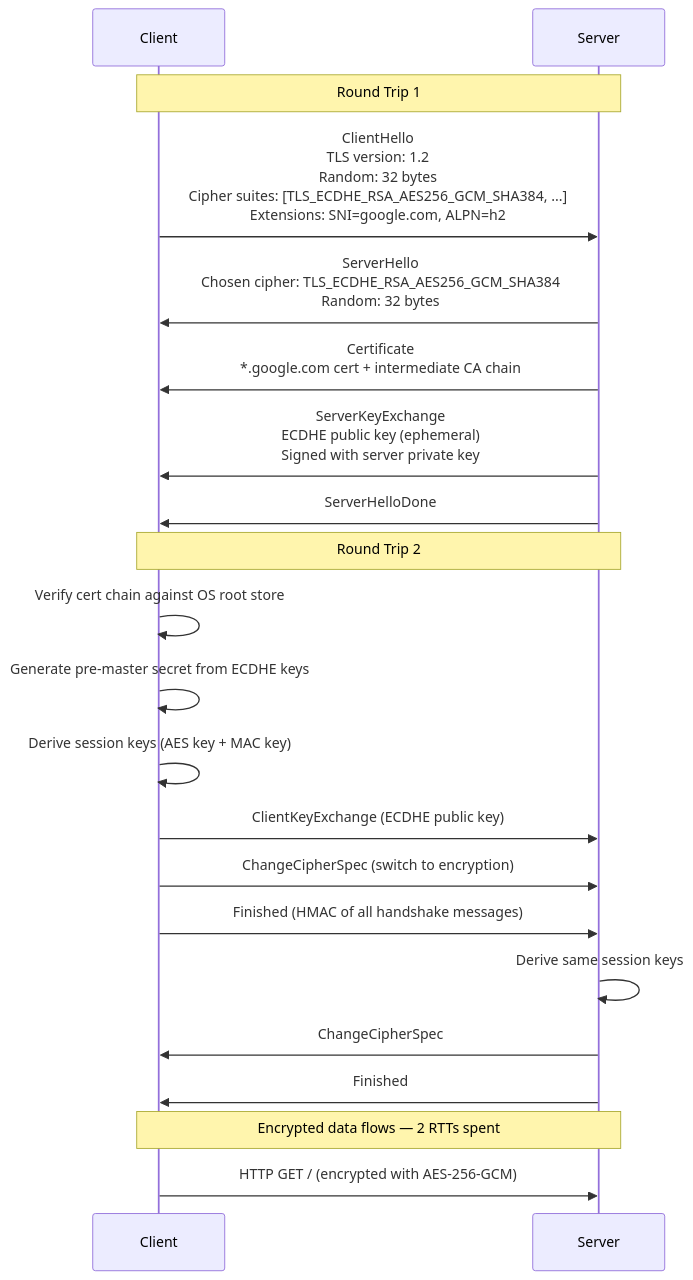
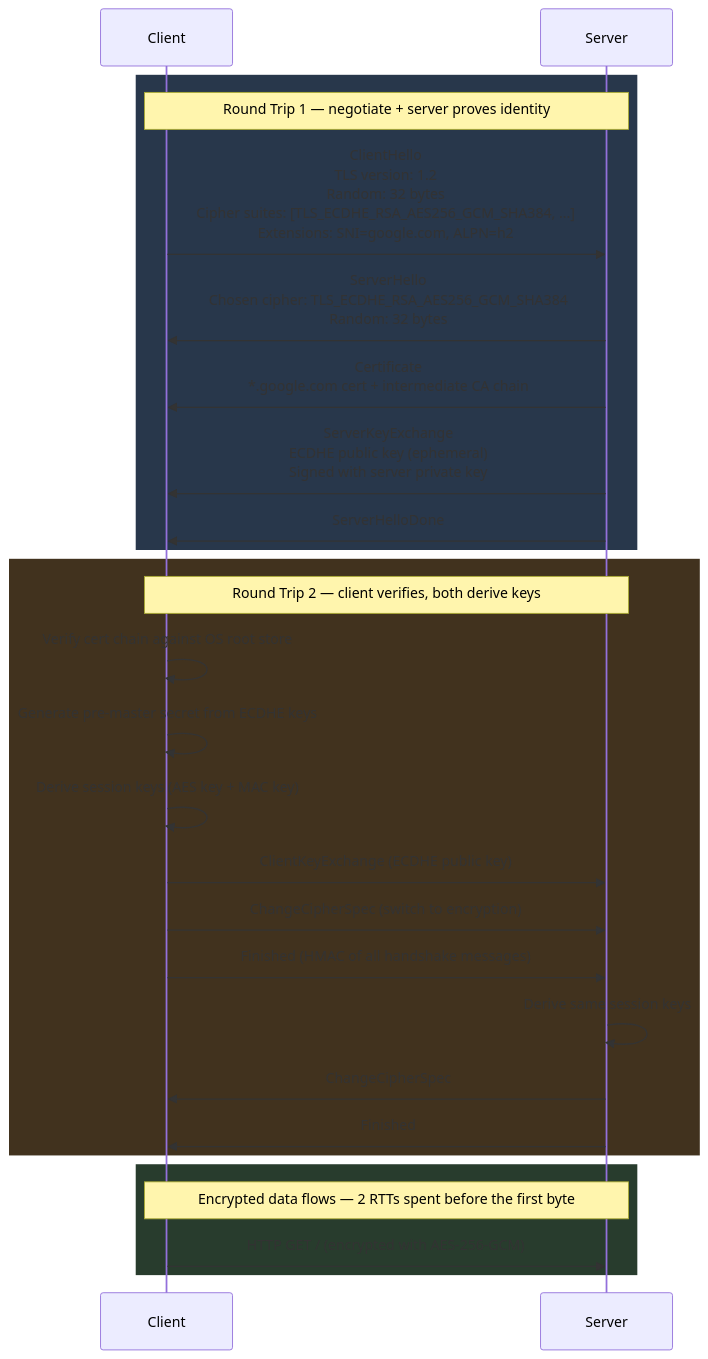
Before and after one commit to deepanshu-rawat6/DevOpsIndex: the sixth of 13 diagrams in networking/tls-encryption.md, drawn with Mermaid. The commit also changed other lines of this file and 8 other files, not shown here.

````diff
--- a/networking/tls-encryption.md
+++ b/networking/tls-encryption.md
@@ -147,28 +200,34 @@
 ```mermaid
 sequenceDiagram
     participant C as Client
     participant S as Server
 
-    Note over C,S: Round Trip 1
-    C->>S: ClientHello<br>TLS version: 1.2<br>Random: 32 bytes<br>Cipher suites: [TLS_ECDHE_RSA_AES256_GCM_SHA384, ...]<br>Extensions: SNI=google.com, ALPN=h2
+    rect rgb(40, 55, 75)
+    Note over C,S: Round Trip 1 — negotiate + server proves identity
+    C->>S: ClientHello<br/>TLS version: 1.2<br/>Random: 32 bytes<br/>Cipher suites: [TLS_ECDHE_RSA_AES256_GCM_SHA384, ...]<br/>Extensions: SNI=google.com, ALPN=h2
 
-    S->>C: ServerHello<br>Chosen cipher: TLS_ECDHE_RSA_AES256_GCM_SHA384<br>Random: 32 bytes
-    S->>C: Certificate<br>*.google.com cert + intermediate CA chain
-    S->>C: ServerKeyExchange<br>ECDHE public key (ephemeral)<br>Signed with server private key
+    S->>C: ServerHello<br/>Chosen cipher: TLS_ECDHE_RSA_AES256_GCM_SHA384<br/>Random: 32 bytes
+    S->>C: Certificate<br/>*.google.com cert + intermediate CA chain
+    S->>C: ServerKeyExchange<br/>ECDHE public key (ephemeral)<br/>Signed with server private key
     S->>C: ServerHelloDone
+    end
 
-    Note over C,S: Round Trip 2
+    rect rgb(65, 50, 30)
+    Note over C,S: Round Trip 2 — client verifies, both derive keys
     C->>C: Verify cert chain against OS root store
     C->>C: Generate pre-master secret from ECDHE keys
     C->>C: Derive session keys (AES key + MAC key)
     C->>S: ClientKeyExchange (ECDHE public key)
     C->>S: ChangeCipherSpec (switch to encryption)
     C->>S: Finished (HMAC of all handshake messages)
 
     S->>S: Derive same session keys
     S->>C: ChangeCipherSpec
     S->>C: Finished
+    end
 
-    Note over C,S: Encrypted data flows — 2 RTTs spent
+    rect rgb(40, 60, 45)
+    Note over C,S: Encrypted data flows — 2 RTTs spent before the first byte
     C->>S: HTTP GET / (encrypted with AES-256-GCM)
+    end
 ```
````
